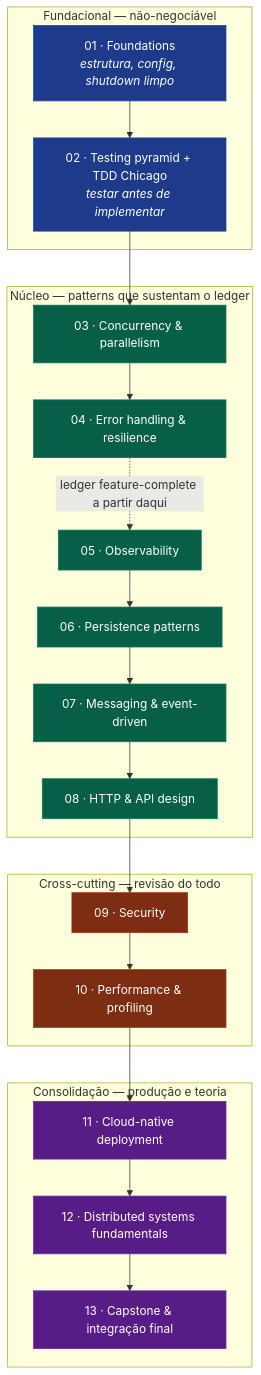
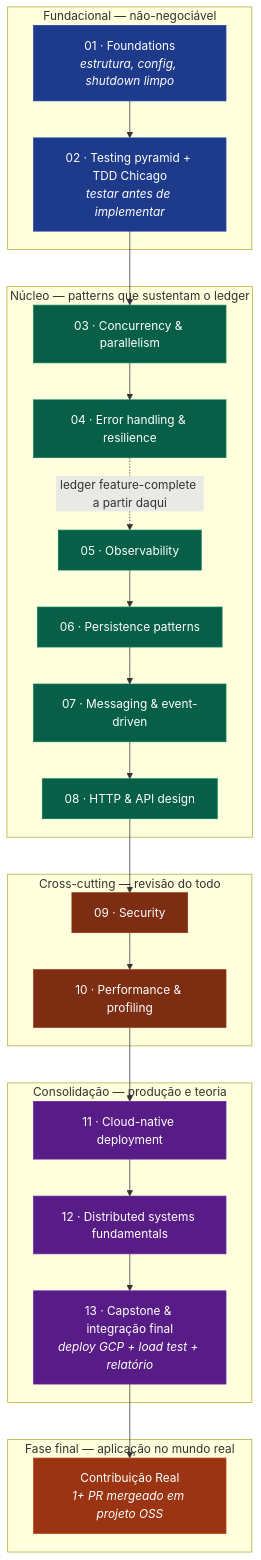
Before and after one commit to rafaelmfried/cloudnative-course: the diagram in ROADMAP.md, drawn with Mermaid.

Commit message:
docs: add final phase node to roadmap diagram
O PR que introduziu a trilha de colaboração adicionou a seção "Fase
final — Contribuição Real" no texto do ROADMAP, mas o diagrama Mermaid
do topo continuava terminando em M13 — quem olhava o diagrama não via
a fase final descrita logo abaixo.

CORREÇÃO:
- Novo subgraph "Fase final — aplicação no mundo real" com o node
  Contribuição Real (1+ PR mergeado em projeto OSS).
- Aresta M13 --> Contrib liga o capstone à fase final.
- classDef realworld pra distinguir a fase visualmente das 4 fases de
  módulo.
- M13 ganhou o subtítulo "deploy GCP + load test + relatório" no
  diagrama, refletindo o capstone expandido.

Diagrama e texto do ROADMAP voltam a contar a mesma história.

````diff
--- a/ROADMAP.md
+++ b/ROADMAP.md
@@ -11,41 +11,48 @@
 ```mermaid
 flowchart TD
     subgraph Fundacional["Fundacional — não-negociável"]
         M1["01 · Foundations<br/><i>estrutura, config, shutdown limpo</i>"]
         M2["02 · Testing pyramid + TDD Chicago<br/><i>testar antes de implementar</i>"]
     end
 
     subgraph Núcleo["Núcleo — patterns que sustentam o ledger"]
         M3["03 · Concurrency & parallelism"]
         M4["04 · Error handling & resilience"]
         M5["05 · Observability"]
         M6["06 · Persistence patterns"]
         M7["07 · Messaging & event-driven"]
         M8["08 · HTTP & API design"]
     end
 
     subgraph CrossCutting["Cross-cutting — revisão do todo"]
         M9["09 · Security"]
         M10["10 · Performance & profiling"]
     end
 
     subgraph Consolidação["Consolidação — produção e teoria"]
         M11["11 · Cloud-native deployment"]
         M12["12 · Distributed systems fundamentals"]
-        M13["13 · Capstone & integração final"]
+        M13["13 · Capstone & integração final<br/><i>deploy GCP + load test + relatório</i>"]
+    end
+
+    subgraph FaseFinal["Fase final — aplicação no mundo real"]
+        Contrib["Contribuição Real<br/><i>1+ PR mergeado em projeto OSS</i>"]
     end
 
     M1 --> M2 --> M3 --> M4
     M4 -.->|"ledger feature-complete a partir daqui"| M5
     M5 --> M6 --> M7 --> M8 --> M9 --> M10 --> M11 --> M12 --> M13
+    M13 --> Contrib
 
     classDef foundational fill:#1e3a8a,stroke:#1e40af,color:#fff
     classDef core fill:#065f46,stroke:#047857,color:#fff
     classDef crosscut fill:#7c2d12,stroke:#9a3412,color:#fff
     classDef final fill:#581c87,stroke:#6b21a8,color:#fff
+    classDef realworld fill:#9a3412,stroke:#c2410c,color:#fff
 
     class M1,M2 foundational
     class M3,M4,M5,M6,M7,M8 core
     class M9,M10 crosscut
     class M11,M12,M13 final
+    class Contrib realworld
 ```
````
